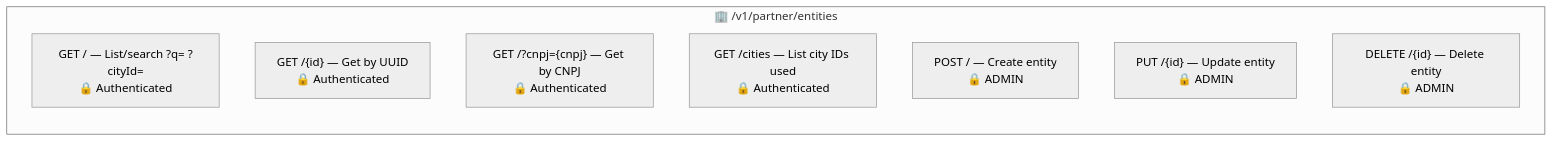
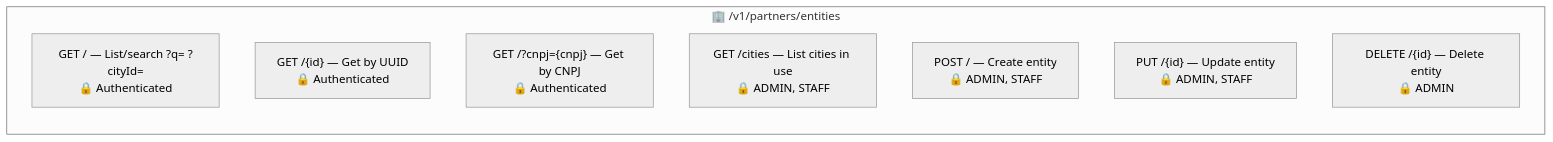
One commit to Plataforma-Universidade-Gratuita/pug-service changed the second of 5 diagrams in src/main/java/br/org/catolicasc/pug/partner/README.md. Above: the diagram before and after it, drawn with Mermaid (neutral theme). The commit also changed other lines of this file and 38 other files, not shown here.

````diff
--- a/src/main/java/br/org/catolicasc/pug/partner/README.md
+++ b/src/main/java/br/org/catolicasc/pug/partner/README.md
@@ -61,13 +61,13 @@
 ```mermaid
 graph LR
-    subgraph Entities["🏢 /v1/partner/entities"]
+    subgraph Entities["🏢 /v1/partners/entities"]
         direction TB
         GET_LIST["GET / — List/search ?q= ?cityId=<br/>🔒 Authenticated"]
         GET_ID["GET /{id} — Get by UUID<br/>🔒 Authenticated"]
         GET_CNPJ["GET /?cnpj={cnpj} — Get by CNPJ<br/>🔒 Authenticated"]
-        GET_CITIES["GET /cities — List city IDs used<br/>🔒 Authenticated"]
-        POST["POST / — Create entity<br/>🔒 ADMIN"]
-        PUT["PUT /{id} — Update entity<br/>🔒 ADMIN"]
+        GET_CITIES["GET /cities — List cities in use<br/>🔒 ADMIN, STAFF"]
+        POST["POST / — Create entity<br/>🔒 ADMIN, STAFF"]
+        PUT["PUT /{id} — Update entity<br/>🔒 ADMIN, STAFF"]
         DELETE["DELETE /{id} — Delete entity<br/>🔒 ADMIN"]
     end
 ```
````
